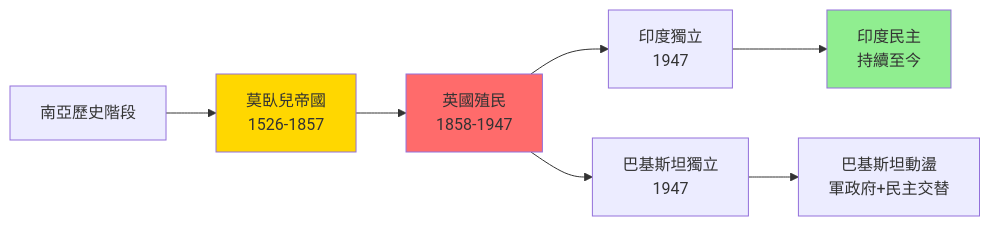
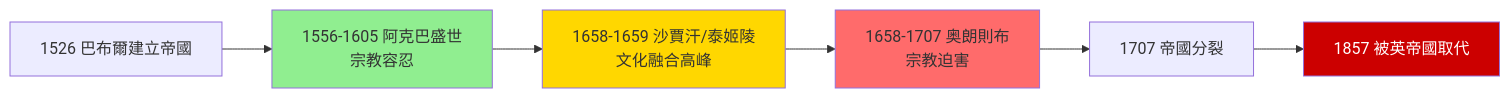
The first of 5 diagrams in 01_HKU_Courses/HIST2188_Making_of_modern_South_Asia.md (yip-lgtm/HKU-Harvard-History-Self-Study), drawn with Mermaid before and after one commit. The commit also changed other lines of this file and 22 other files, not shown here.

````diff
--- a/01_HKU_Courses/HIST2188_Making_of_modern_South_Asia.md
+++ b/01_HKU_Courses/HIST2188_Making_of_modern_South_Asia.md
@@ -76,12 +260,13 @@
 ```mermaid
 graph LR
-    A["南亞歷史階段"] --> B["莫臥兒帝國<br/>1526-1857"]
-    B --> C["英國殖民<br/>1858-1947"]
-    C --> D["印度獨立<br/>1947"]
-    C --> E["巴基斯坦獨立<br/>1947"]
-    D --> F["印度民主<br/>持續至今"]
-    E --> G["巴基斯坦動盪<br/>軍政府+民主交替"]
-    style B fill:#FFD700
-    style C fill:#FF6B6B
-    style F fill:#90EE90
+    A["1526 巴布爾建立帝國"] --> B["1556-1605 阿克巴盛世<br/>宗教容忍"]
+    B --> C["1658-1659 沙賈汗/泰姬陵<br/>文化融合高峰"]
+    C --> D["1658-1707 奥朗則布<br/>宗教迫害"]
+    D --> E["1707 帝國分裂"]
+    E --> F["1857 被英帝國取代"]
+    
+    style B fill:#90EE90
+    style C fill:#FFD700
+    style D fill:#FF6B6B
+    style F fill:#c00,color:#fff
 ```
````
